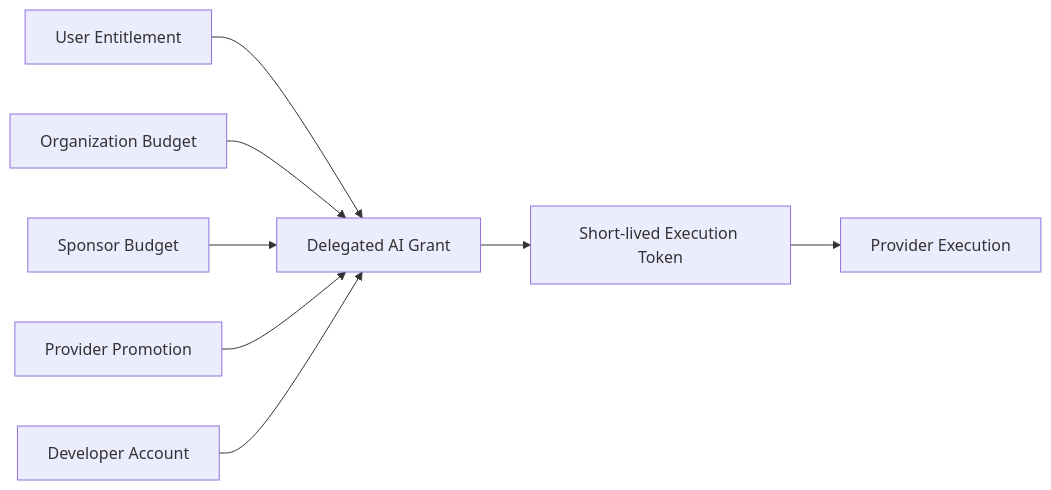
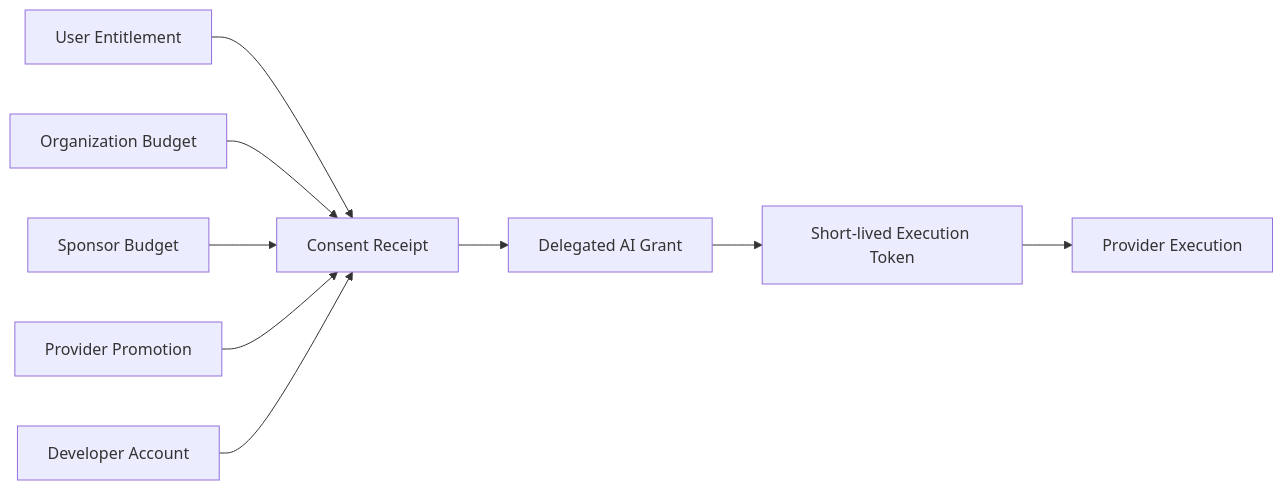
One commit to MJohnstonAI/ai-billing-delegation changed the first of 11 diagrams in FLOWS.md. Above: the diagram before and after it, drawn with Mermaid. The commit also changed other lines of this file, not shown here.

Commit message:
docs: add ABDS v0.6 evidence and reconciliation flows

````diff
--- a/FLOWS.md
+++ b/FLOWS.md
@@ -7,19 +7,21 @@
 ```mermaid
 flowchart LR
     U[User Entitlement]
     O[Organization Budget]
     S[Sponsor Budget]
     P[Provider Promotion]
     D[Developer Account]
+    C[Consent Receipt]
     G[Delegated AI Grant]
     T[Short-lived Execution Token]
     X[Provider Execution]
 
-    U --> G
-    O --> G
-    S --> G
-    P --> G
-    D --> G
+    U --> C
+    O --> C
+    S --> C
+    P --> C
+    D --> C
+    C --> G
     G --> T
     T --> X
 ```
````
